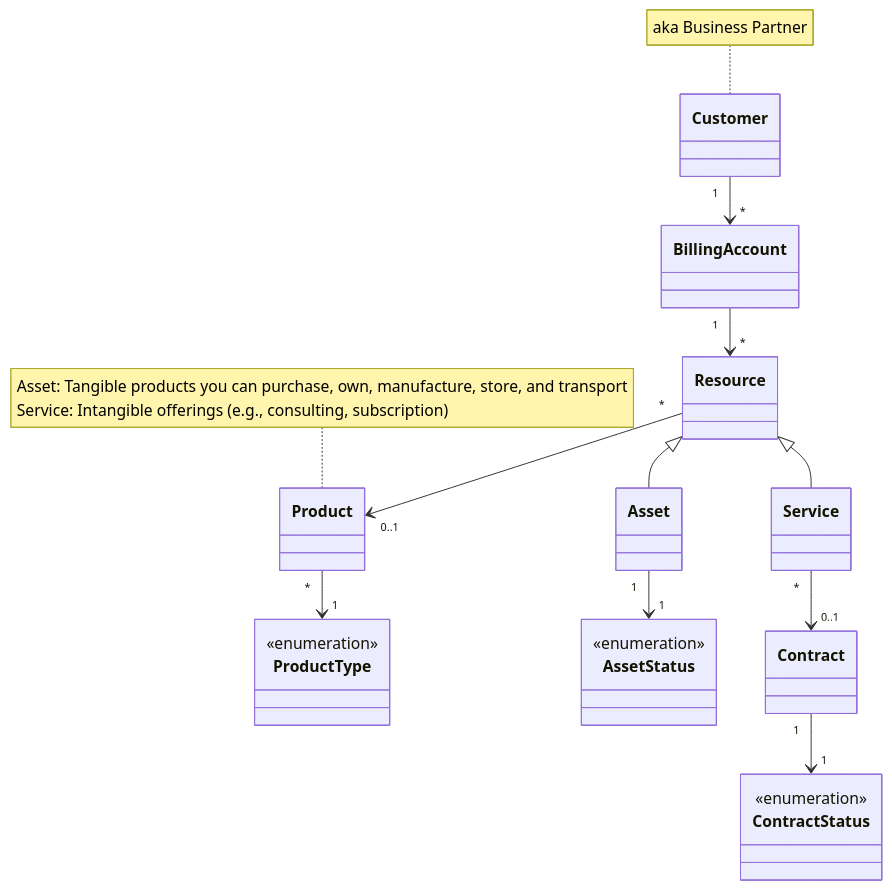
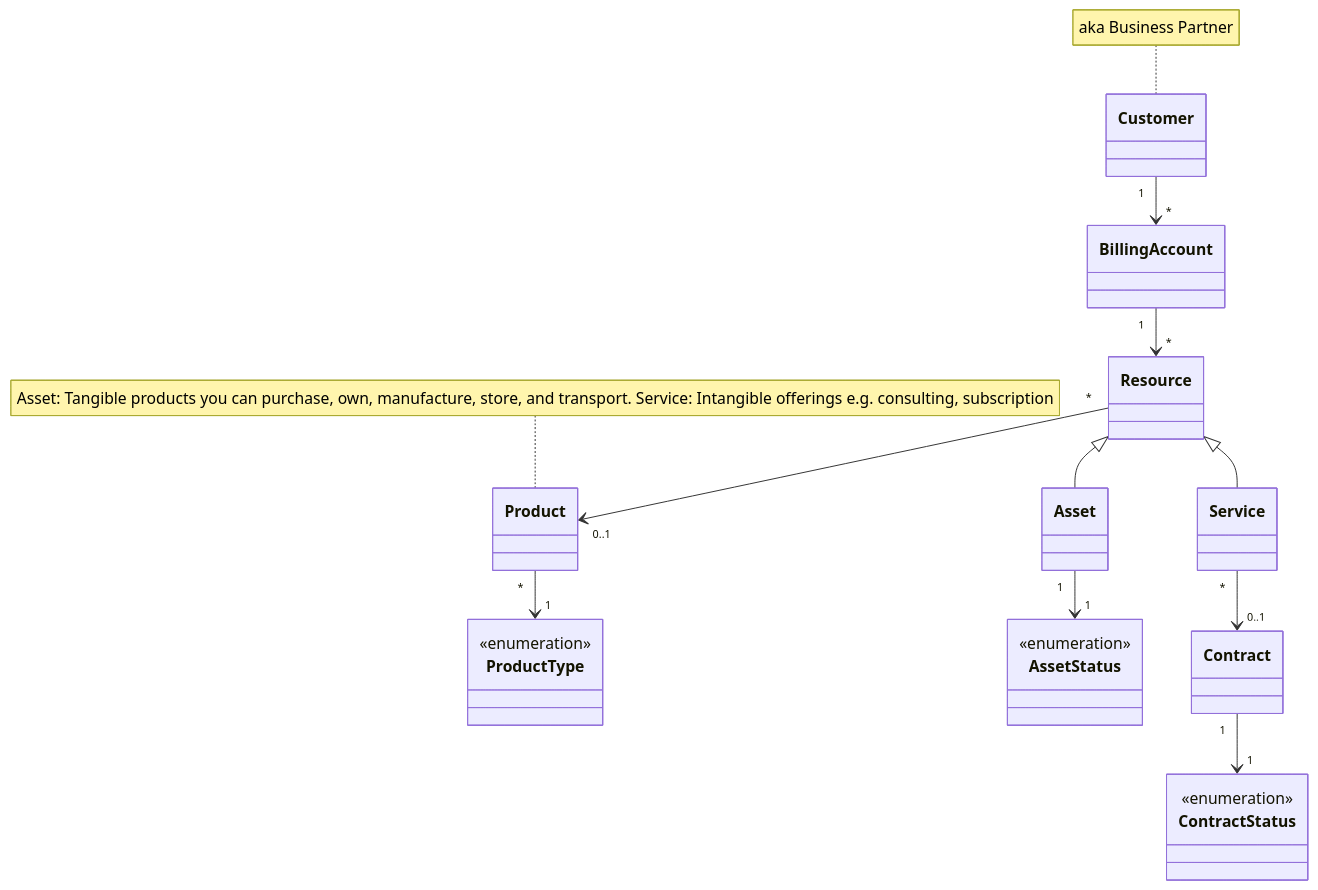
Before and after one commit to o2sdev/openselfservice: the diagram in apps/docs/docs/main-components/harmonization-app/normalized-data-model/core-model-services.md, drawn with Mermaid. The commit also changed other lines of this file and 14 other files, not shown here.

````diff
--- a/apps/docs/docs/main-components/harmonization-app/normalized-data-model/core-model-services.md
+++ b/apps/docs/docs/main-components/harmonization-app/normalized-data-model/core-model-services.md
@@ -7,53 +117,51 @@
 ```mermaid
 classDiagram
 
   class Customer {
   }
   note for Customer "aka Business Partner"
 
   class BillingAccount {
   }
 
   class Resource {
   }
 
   class Service {
   }
 
   class Asset {
   }
 
   class Product {
   }
-  note for Product "Asset: Tangible products you can purchase, own, manufacture, store, and transport
-  Service: Intangible offerings (e.g., consulting, subscription)"
+  note for Product "Asset: Tangible products you can purchase, own, manufacture, store, and transport. Service: Intangible offerings e.g. consulting, subscription"
 
   class ProductType {
       <<enumeration>>
   }
 
   class AssetStatus {
       <<enumeration>>
   }
 
   class Contract {
   }
 
   class ContractStatus {
       <<enumeration>>
   }
 
   %% Inheritance relationships
   Resource <|-- Service
   Resource <|-- Asset
 
   %% Regular relationships
   Customer "1" --> "*" BillingAccount
   BillingAccount "1" --> "*" Resource
   Resource "*" --> "0..1" Product
   Service "*" --> "0..1" Contract
   Product "*" --> "1" ProductType
   Contract "1" --> "1" ContractStatus
   Asset "1" --> "1" AssetStatus
-
 ```
````
